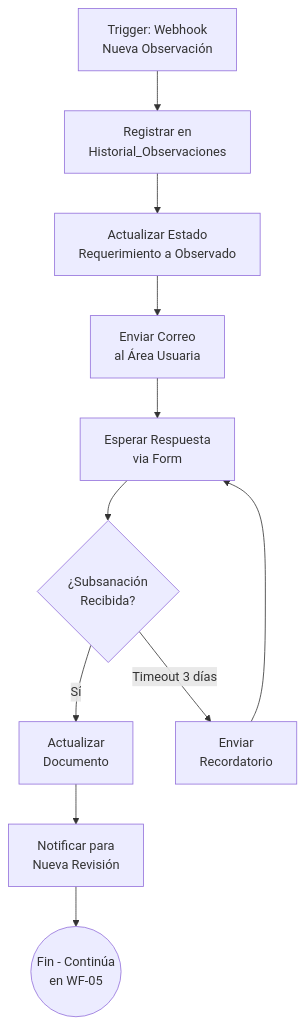
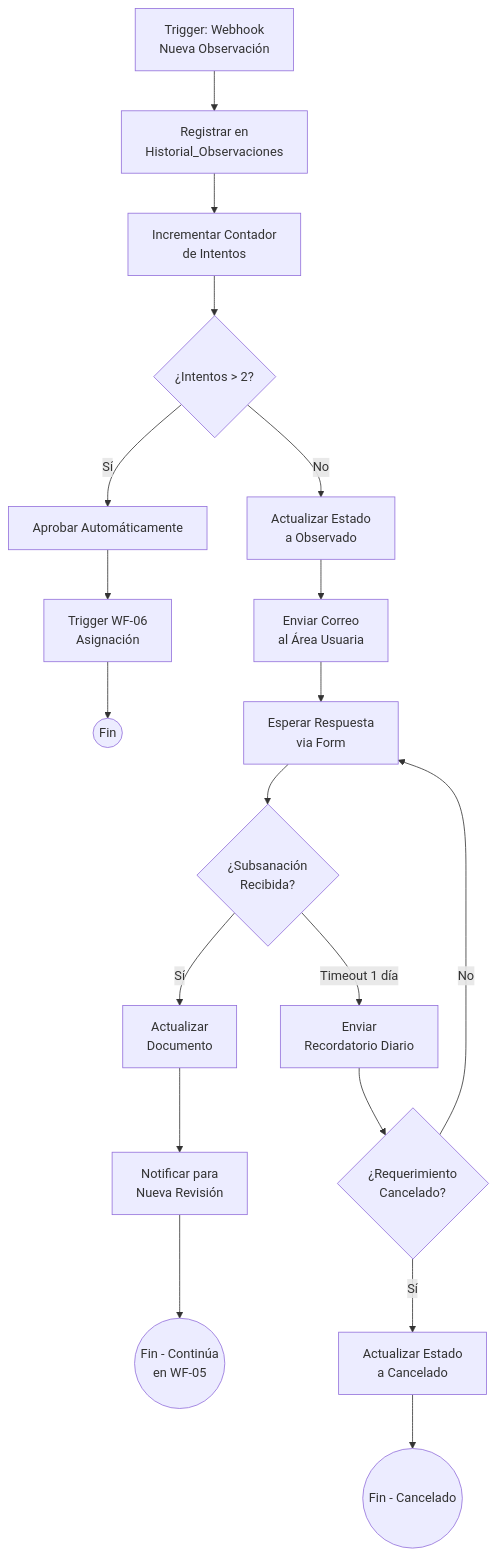
One commit to lfam200/WorkFlow-n8n changed diagram 11 of 21 in README.md. Above: the diagram before and after it, drawn with Mermaid. The commit also changed other lines of this file, not shown here.

````diff
--- a/README.md
+++ b/README.md
@@ -770,16 +945,27 @@
 ```mermaid
 flowchart TD
     A[Trigger: Webhook<br/>Nueva Observación] --> B[Registrar en<br/>Historial_Observaciones]
     
-    B --> C[Actualizar Estado<br/>Requerimiento a Observado]
-    C --> D[Enviar Correo<br/>al Área Usuaria]
-    D --> E[Esperar Respuesta<br/>via Form]
-    E --> F{¿Subsanación<br/>Recibida?}
+    B --> C[Incrementar Contador<br/>de Intentos]
+    C --> D{¿Intentos > 2?}
     
-    F -->|Sí| G[Actualizar<br/>Documento]
-    G --> H[Notificar para<br/>Nueva Revisión]
-    H --> I((Fin - Continúa<br/>en WF-05))
+    D -->|Sí| E[Aprobar Automáticamente]
+    E --> F[Trigger WF-06<br/>Asignación]
+    F --> G((Fin))
     
-    F -->|Timeout 3 días| J[Enviar<br/>Recordatorio]
-    J --> E
+    D -->|No| H[Actualizar Estado<br/>a Observado]
+    H --> I[Enviar Correo<br/>al Área Usuaria]
+    I --> J[Esperar Respuesta<br/>via Form]
+    
+    J --> K{¿Subsanación<br/>Recibida?}
+    
+    K -->|Sí| L[Actualizar<br/>Documento]
+    L --> M[Notificar para<br/>Nueva Revisión]
+    M --> N((Fin - Continúa<br/>en WF-05))
+    
+    K -->|Timeout 1 día| O[Enviar<br/>Recordatorio Diario]
+    O --> P{¿Requerimiento<br/>Cancelado?}
+    P -->|No| J
+    P -->|Sí| Q[Actualizar Estado<br/>a Cancelado]
+    Q --> R((Fin - Cancelado))
 ```
````
